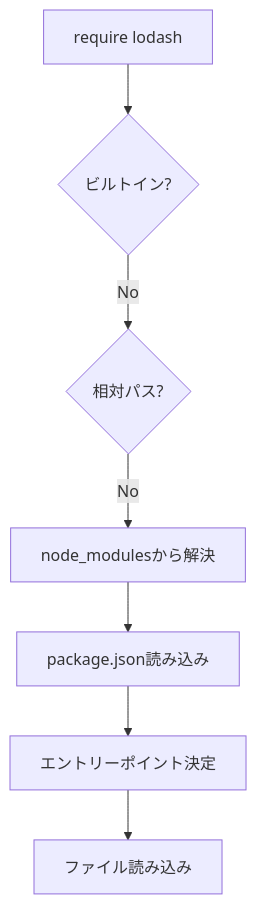
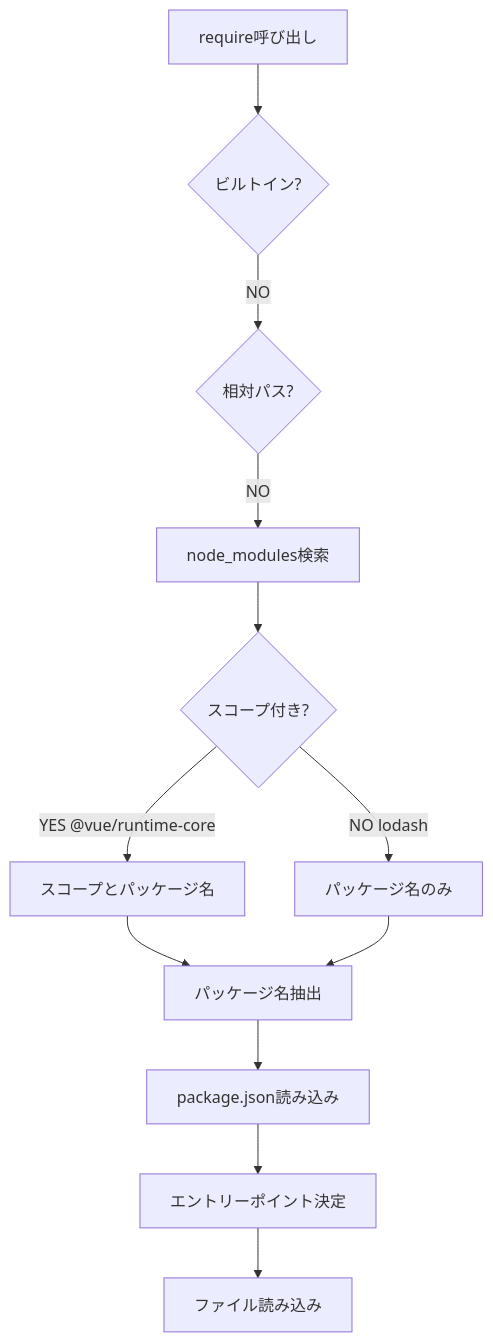
Before and after one commit to Stasshe/Pyxis-CodeCanvas: diagram 11 of 12 in docs/NODE-RUNTIME.md, drawn with Mermaid. The commit also changed other lines of this file and 3 other files, not shown here.

Commit message:
delete: remove the Node.js Runtime README.md file, consolidating documentation and streamlining the codebase

````diff
--- a/docs/NODE-RUNTIME.md
+++ b/docs/NODE-RUNTIME.md
@@ -568,17 +676,24 @@
 ```mermaid
 graph TB
-    Require[require lodash]
+    Require[require呼び出し]
     Check1{ビルトイン?}
     Check2{相対パス?}
-    NodeMods[node_modulesから解決]
+    NodeMods[node_modules検索]
+    ScopeCheck{スコープ付き?}
+    PkgName[パッケージ名抽出]
     PkgJSON[package.json読み込み]
     Entry[エントリーポイント決定]
     Load[ファイル読み込み]
     
     Require --> Check1
-    Check1 -->|No| Check2
-    Check2 -->|No| NodeMods
-    NodeMods --> PkgJSON
+    Check1 -->|NO| Check2
+    Check2 -->|NO| NodeMods
+    NodeMods --> ScopeCheck
+    ScopeCheck -->|YES @vue/runtime-core| ScopePackage[スコープとパッケージ名]
+    ScopeCheck -->|NO lodash| NormalPackage[パッケージ名のみ]
+    ScopePackage --> PkgName
+    NormalPackage --> PkgName
+    PkgName --> PkgJSON
     PkgJSON --> Entry
     Entry --> Load
 ```
````
